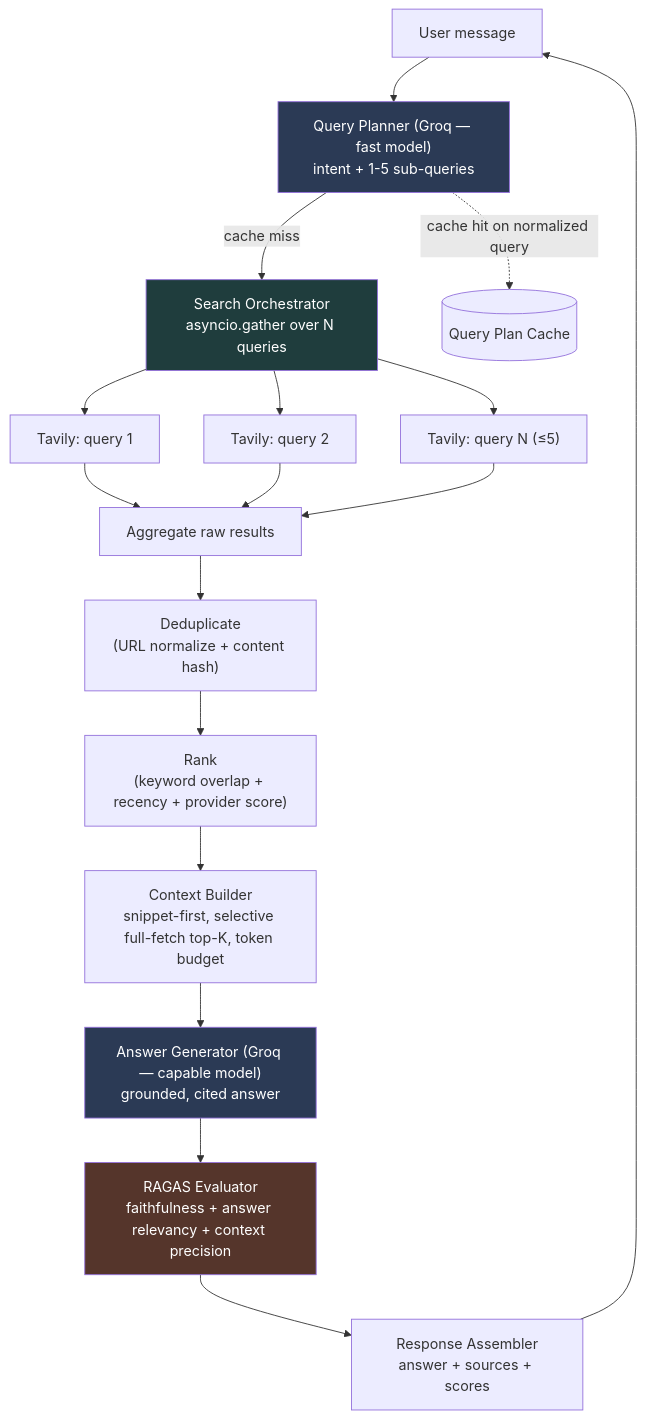
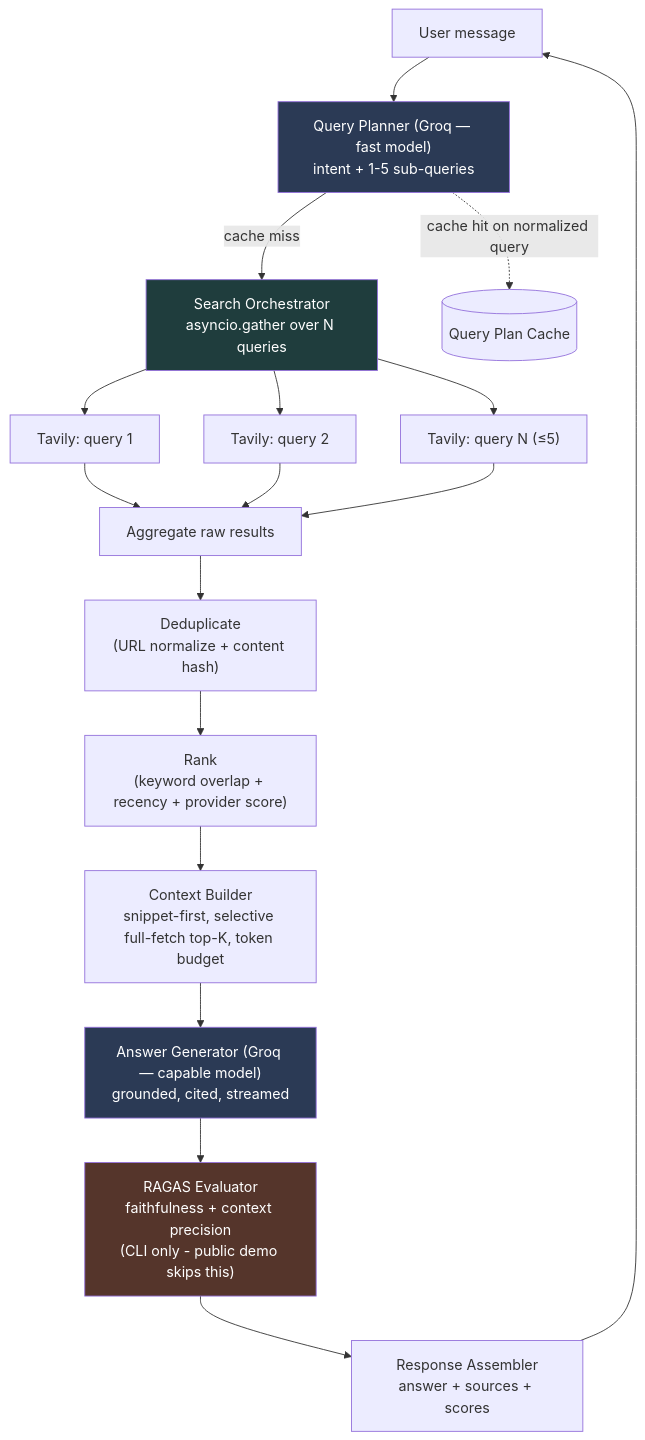
Before and after one commit to Aniruddha072/ai-search-chatbot: the diagram in docs/architecture.md, drawn with Mermaid. The commit also changed other lines of this file, not shown here.

First line of the commit message:
docs: refresh architecture.md for Phases 14-15

````diff
--- a/docs/architecture.md
+++ b/docs/architecture.md
@@ -30,22 +33,22 @@
 ```mermaid
 flowchart TD
     U["User message"] --> QP["Query Planner (Groq — fast model)\nintent + 1-5 sub-queries"]
     QP -->|"cache miss"| SO["Search Orchestrator\nasyncio.gather over N queries"]
     QP -.->|"cache hit on normalized query"| PC[("Query Plan Cache")]
     SO --> TV1["Tavily: query 1"]
     SO --> TV2["Tavily: query 2"]
     SO --> TV3["Tavily: query N (≤5)"]
     TV1 & TV2 & TV3 --> AGG["Aggregate raw results"]
     AGG --> DEDUP["Deduplicate\n(URL normalize + content hash)"]
     DEDUP --> RANK["Rank\n(keyword overlap + recency + provider score)"]
     RANK --> CTX["Context Builder\nsnippet-first, selective full-fetch top-K, token budget"]
-    CTX --> GEN["Answer Generator (Groq — capable model)\ngrounded, cited answer"]
-    GEN --> EVAL["RAGAS Evaluator\nfaithfulness + answer relevancy + context precision"]
+    CTX --> GEN["Answer Generator (Groq — capable model)\ngrounded, cited, streamed"]
+    GEN --> EVAL["RAGAS Evaluator\nfaithfulness + context precision\n(CLI only - public demo skips this)"]
     EVAL --> RESP["Response Assembler\nanswer + sources + scores"]
     RESP --> U
 
     style QP fill:#2b3a55,color:#fff
     style GEN fill:#2b3a55,color:#fff
     style EVAL fill:#55352b,color:#fff
     style SO fill:#1f3d3d,color:#fff
 ```
````
